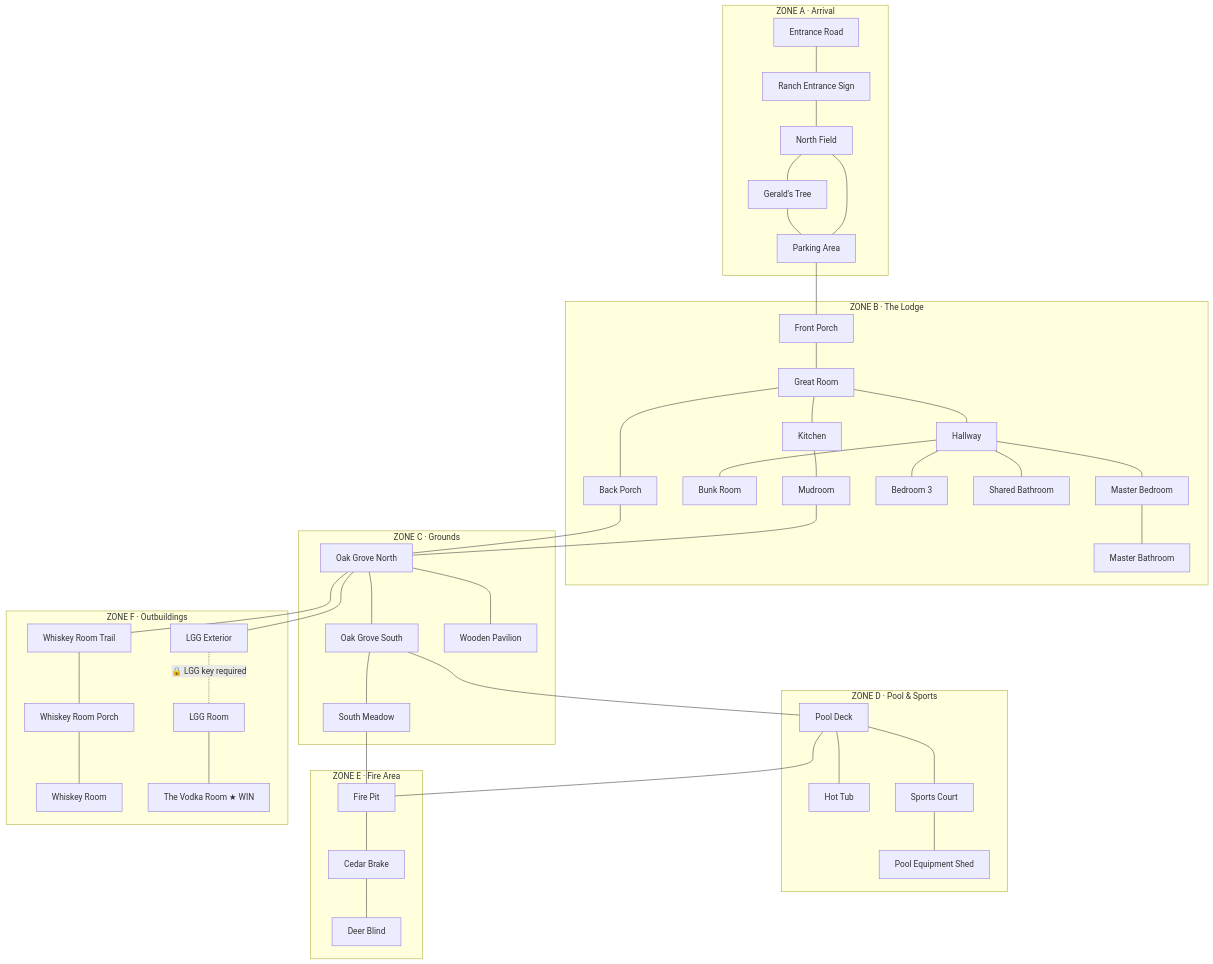
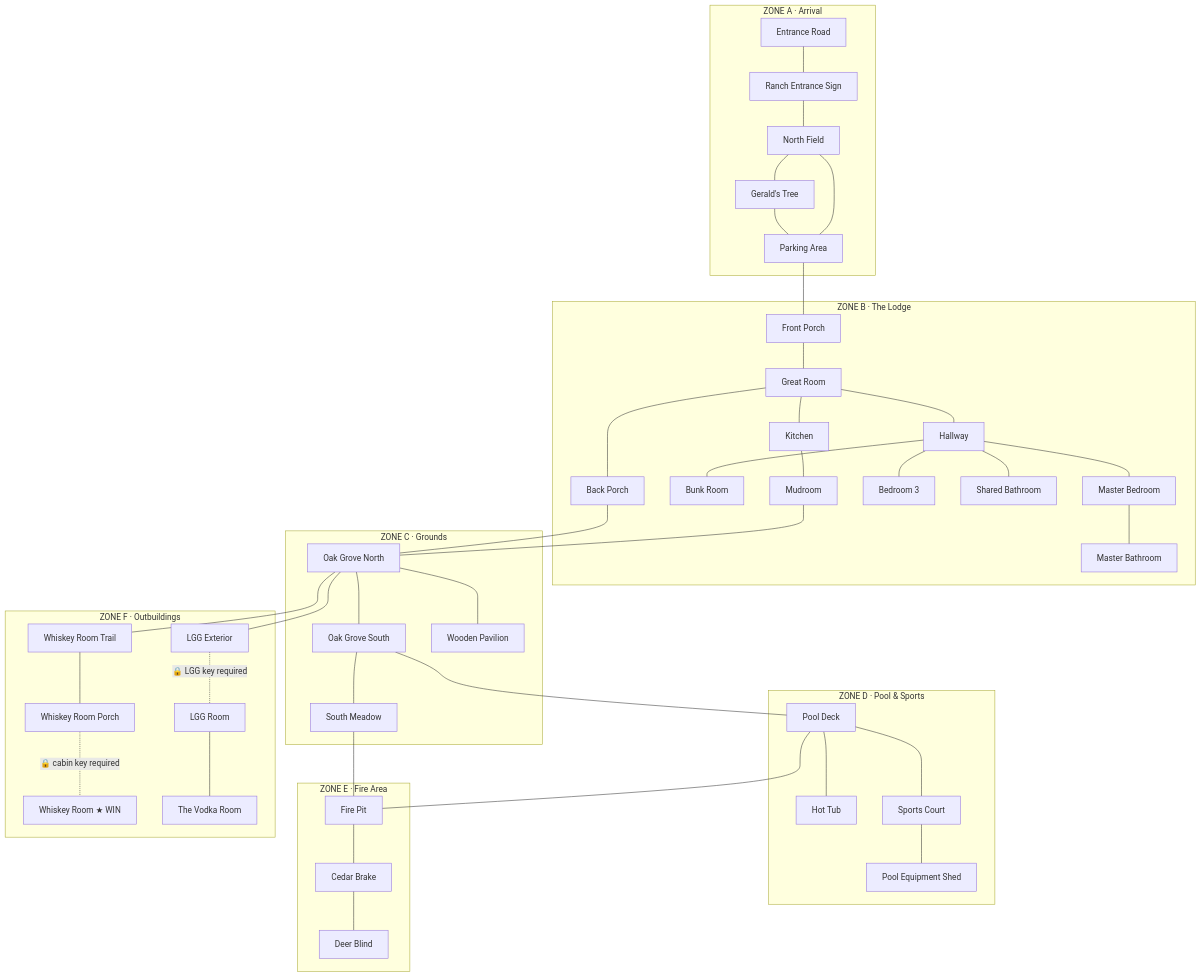
The diagram in PLAN.md (rusty-software/lbpquest-iv), drawn with Mermaid before and after one commit. The commit also changed other lines of this file and 9 other files, not shown here.

Commit message:
reworks whiskey and vodka rooms

```diff
--- a/PLAN.md
+++ b/PLAN.md
@@ -79,7 +79,8 @@
         WR["Whiskey Room"]
         LGGExt["LGG Exterior"]
         LGGRoom["LGG Room"]
-        VR["The Vodka Room ★ WIN"]
+        VR["The Vodka Room"]
+        WR["Whiskey Room ★ WIN"]
     end
 
     ER --- RS
@@ -104,7 +105,7 @@
     OGN --- WoodP
     OGN --- WRT
     WRT --- WRP
-    WRP --- WR
+    WRP -. "🔒 cabin key required" .- WR
     OGN --- LGGExt
     LGGExt -. "🔒 LGG key required" .- LGGRoom
     LGGRoom --- VR
```
